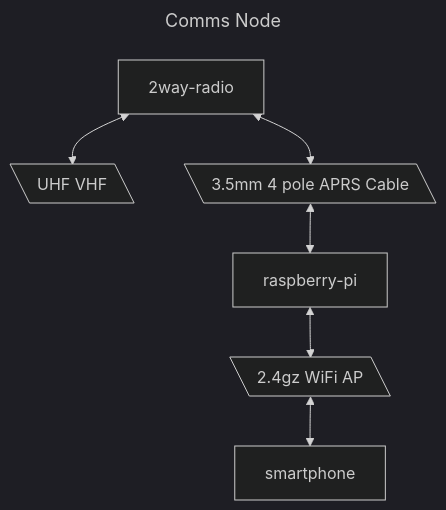
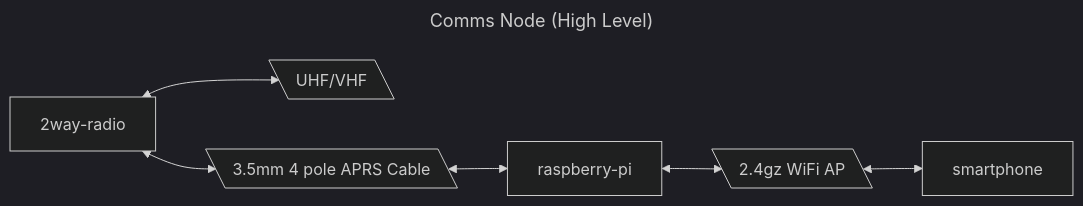
Before and after one commit to Lazztech/Comms: the first of 2 diagrams in docs/design.md, drawn with Mermaid (dark theme). The commit also changed other lines of this file, not shown here.

Commit message:
diagrams

````diff
--- a/docs/design.md
+++ b/docs/design.md
@@ -7,17 +7,17 @@
 ```mermaid
 ---
-title: Comms Node
+title: Comms Node (High Level)
 ---
-flowchart TD;
+flowchart LR;
     2way-radio;
     raspberry-pi;
     smartphone;
-    uhf-vhf[\UHF VHF\];
+    uhf-vhf[\UHF/VHF\];
     aprs-cable[\3.5mm 4 pole APRS Cable\];
     wifi[\2.4gz WiFi AP\];
     2way-radio <--> aprs-cable;
     2way-radio <--> uhf-vhf;
     aprs-cable <--> raspberry-pi;
     raspberry-pi <--> wifi;
     wifi <--> smartphone;
 ```
````
